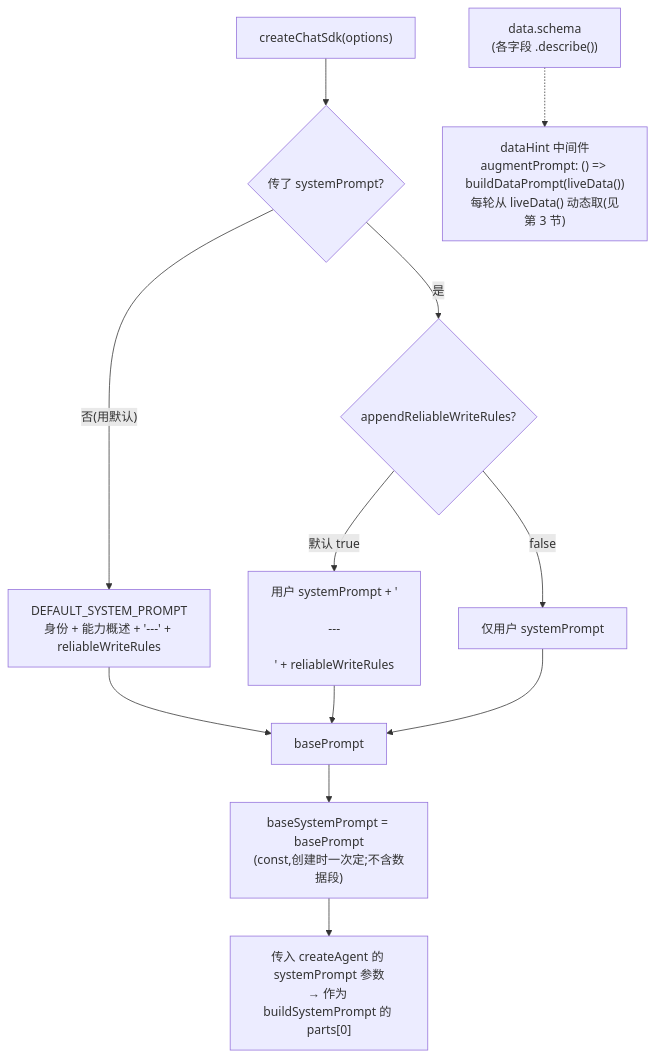
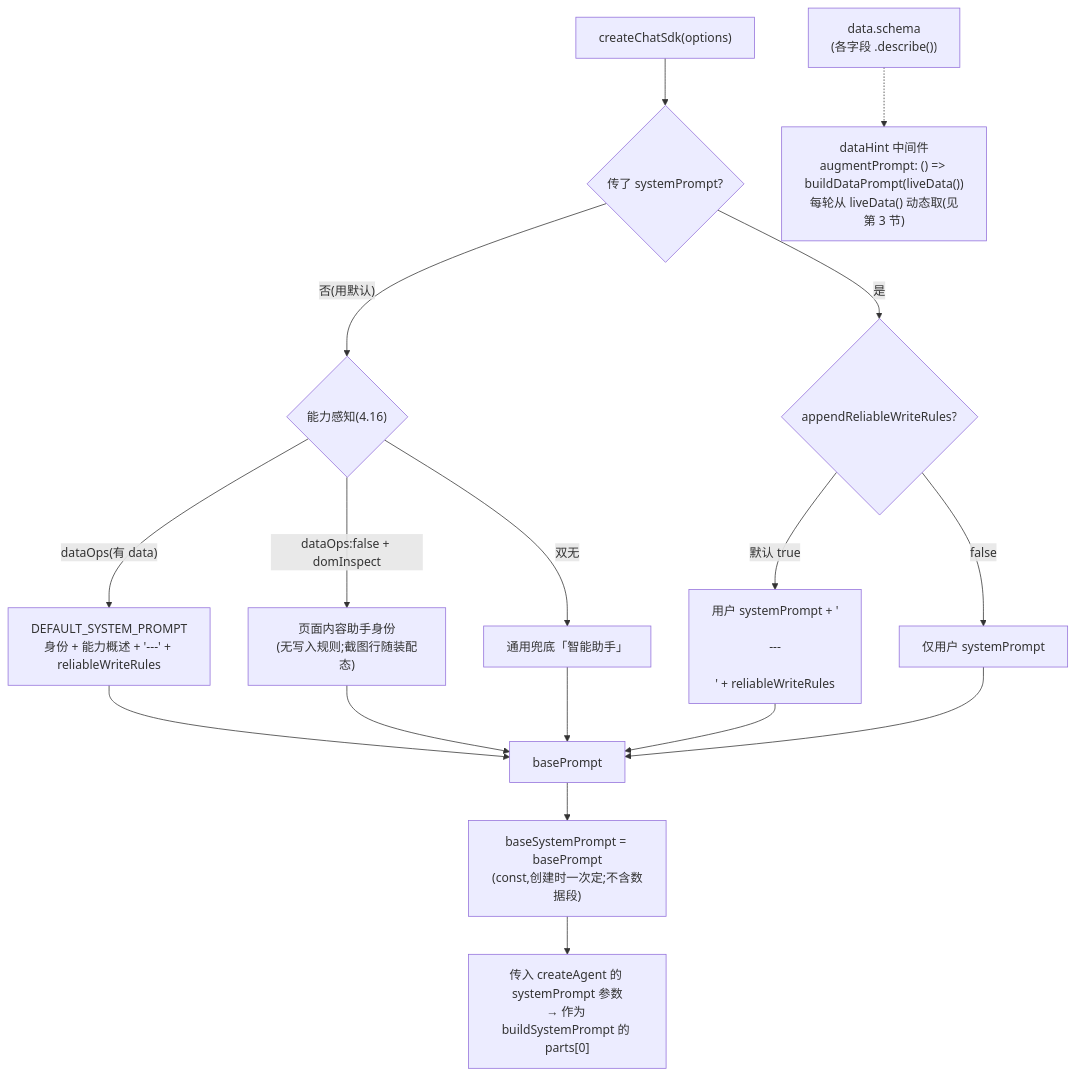
Before and after one commit to whyymj/page-agent-sdk: the first of 2 diagrams in doc/system-prompt.md, drawn with Mermaid. The commit also changed other lines of this file and 36 other files, not shown here.

Commit message:
release 4.16.0: take_screenshot 截图工具族(条件注入+分层图通道+describe 旁路+UI 缩略图)+ page-analysis skill + 默认 systemPrompt 能力感知身份;首个 runtime 依赖 html-to-image

````diff
--- a/doc/system-prompt.md
+++ b/doc/system-prompt.md
@@ -46,19 +49,24 @@
 ```mermaid
 flowchart TD
   A["createChatSdk(options)"] --> B{"传了 systemPrompt?"}
 
-  B -- "否(用默认)" --> C["DEFAULT_SYSTEM_PROMPT<br/>身份 + 能力概述 + '---' + reliableWriteRules"]
+  B -- "否(用默认)" --> C{"能力感知(4.16)"}
+  C -- "dataOps(有 data)" --> C1["DEFAULT_SYSTEM_PROMPT<br/>身份 + 能力概述 + '---' + reliableWriteRules"]
+  C -- "dataOps:false + domInspect" --> C2["页面内容助手身份<br/>(无写入规则;截图行随装配态)"]
+  C -- "双无" --> C3["通用兜底「智能助手」"]
   B -- "是" --> D{"appendReliableWriteRules?"}
   D -- "默认 true" --> E["用户 systemPrompt + '\n\n---\n\n' + reliableWriteRules"]
   D -- "false" --> F["仅用户 systemPrompt"]
 
-  C --> G["basePrompt"]
+  C1 --> G["basePrompt"]
+  C2 --> G
+  C3 --> G
   E --> G
   F --> G
 
   G --> J["baseSystemPrompt = basePrompt<br/>(const,创建时一次定;不含数据段)"]
 
   J --> K["传入 createAgent 的 systemPrompt 参数<br/>→ 作为 buildSystemPrompt 的 parts[0]"]
 
   L["data.schema<br/>(各字段 .describe())"] -.-> M["dataHint 中间件<br/>augmentPrompt: () => buildDataPrompt(liveData())<br/>每轮从 liveData() 动态取(见第 3 节)"]
 ```
````
